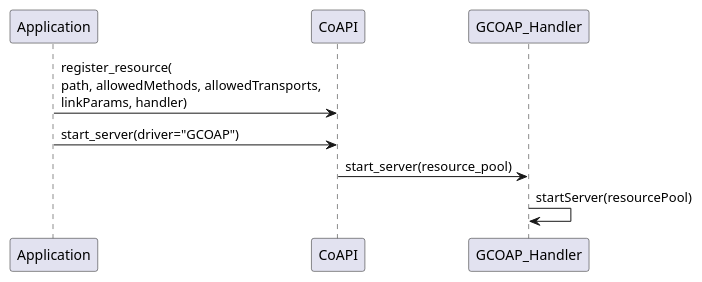
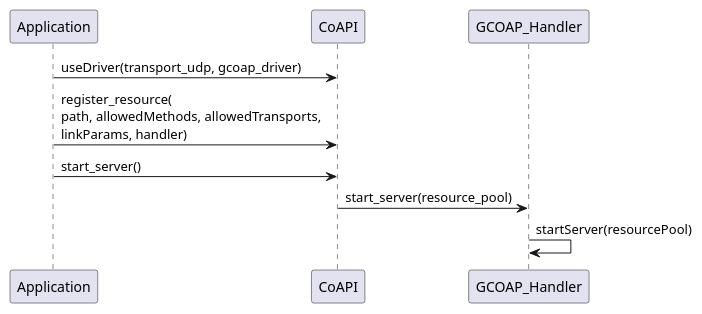
One commit to triess/CARO changed the diagram in Documentation/seq_server.plantuml. Above: the diagram before and after it, drawn with PlantUML.

Commit message:
small changes

```diff
--- a/Documentation/seq_server.plantuml
+++ b/Documentation/seq_server.plantuml
@@ -1,12 +1,12 @@
 @startuml
+Application -> CoAPI: useDriver(transport_udp, gcoap_driver)
 
 Application -> CoAPI: register_resource(\npath, allowedMethods, allowedTransports,\nlinkParams, handler)
 
-Application -> CoAPI: start_server(driver="GCOAP")
+Application -> CoAPI: start_server()
 
 CoAPI -> GCOAP_Handler: start_server(resource_pool)
 
 GCOAP_Handler -> GCOAP_Handler: startServer(resourcePool)
 
-
 @enduml
```
